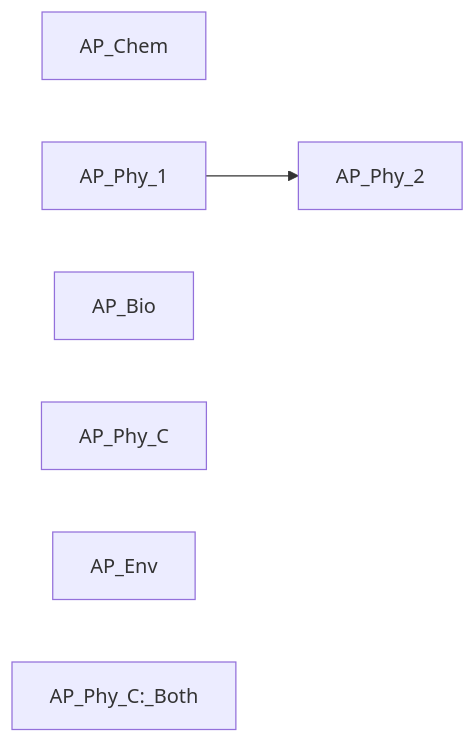
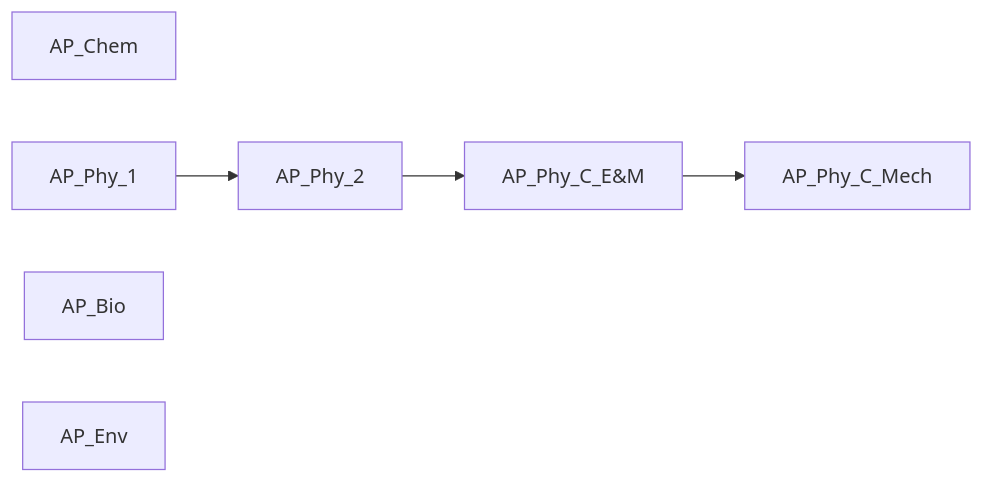
The diagram in classes.mmd (CodeFestus/shs-grw), drawn with Mermaid before and after one commit. The commit also changed 1 other file, not shown here.

```diff
--- a/classes.mmd
+++ b/classes.mmd
@@ -1,12 +1,5 @@
 graph LR;
     AP_Chem;
-    AP_Phy_1-->AP_Phy_2;
+    AP_Phy_1-->AP_Phy_2-->AP_Phy_C_E&M-->AP_Phy_C_Mech;
     AP_Bio;
-    AP_Phy_C;
     AP_Env;
-    AP_Chem;
-    AP_Phy_1;
-    AP_Phy_2;
-    AP_Bio;
-    AP_Phy_C:_Both;
-    AP_Env;
```
